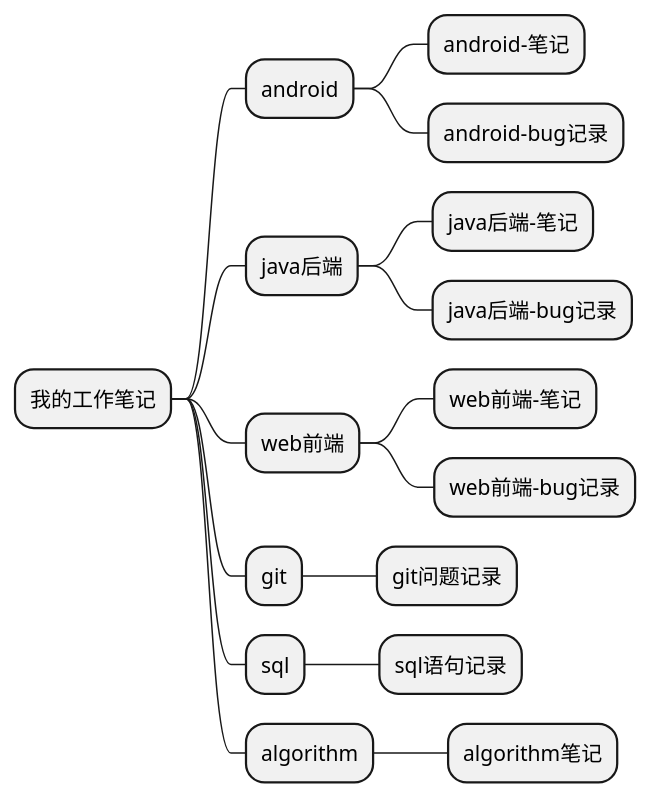
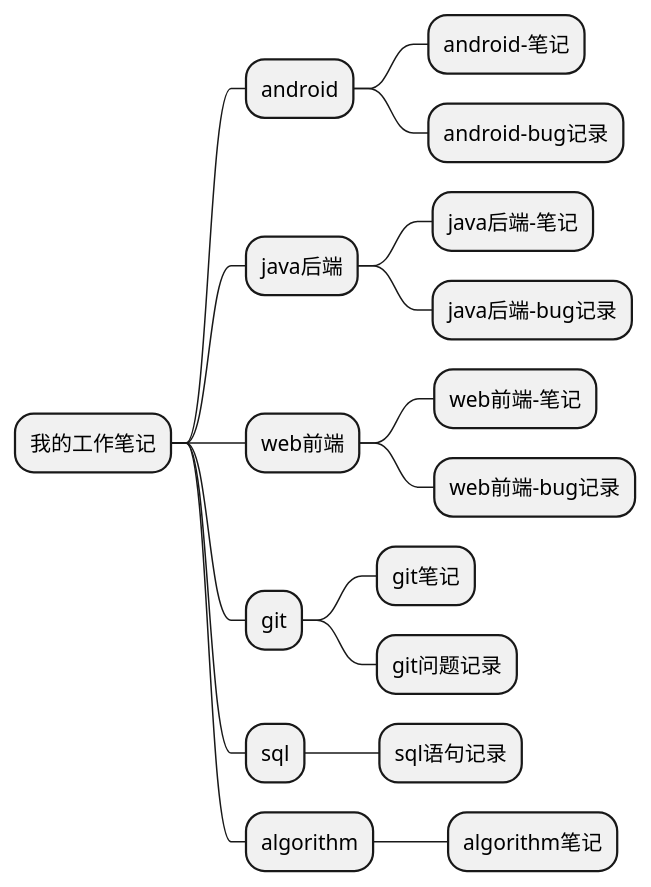
The diagram in README.md (victorliuboom/MyNotes), drawn with PlantUML before and after one commit. The commit also changed 1 other file, not shown here.

Commit message:
项目结构图修改

````diff
--- a/README.md
+++ b/README.md
@@ -4,20 +4,21 @@
 ```plantuml
 @startmindmap
 * 我的工作笔记
 ** android
 *** android-笔记
 *** android-bug记录
 ** java后端
 *** java后端-笔记
 *** java后端-bug记录
 ** web前端
 *** web前端-笔记
 *** web前端-bug记录
 ** git
+*** git笔记
 *** git问题记录
 ** sql
 *** sql语句记录
 ** algorithm
 *** algorithm笔记
 @endmindmap
 ```
````
